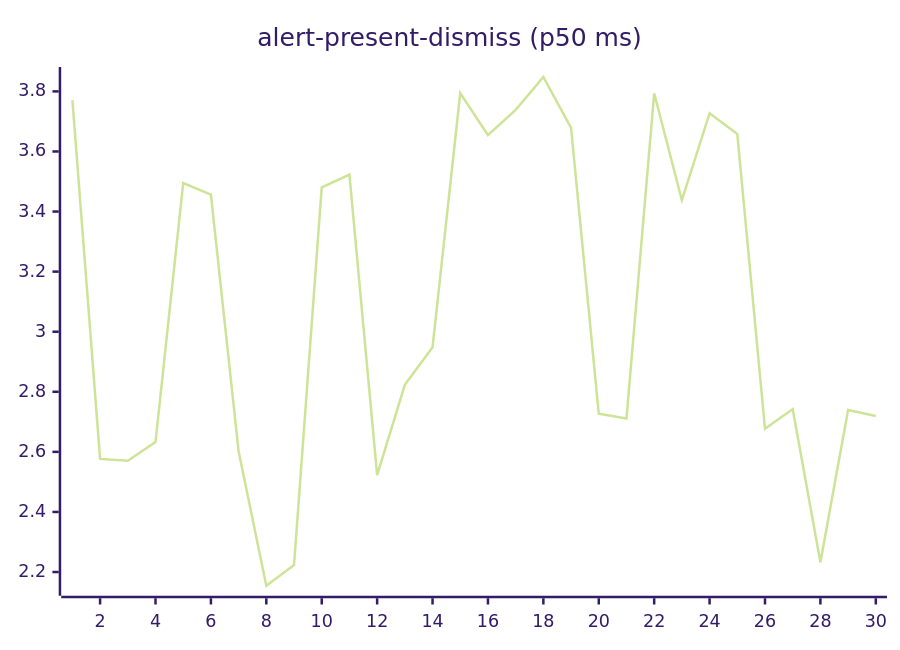
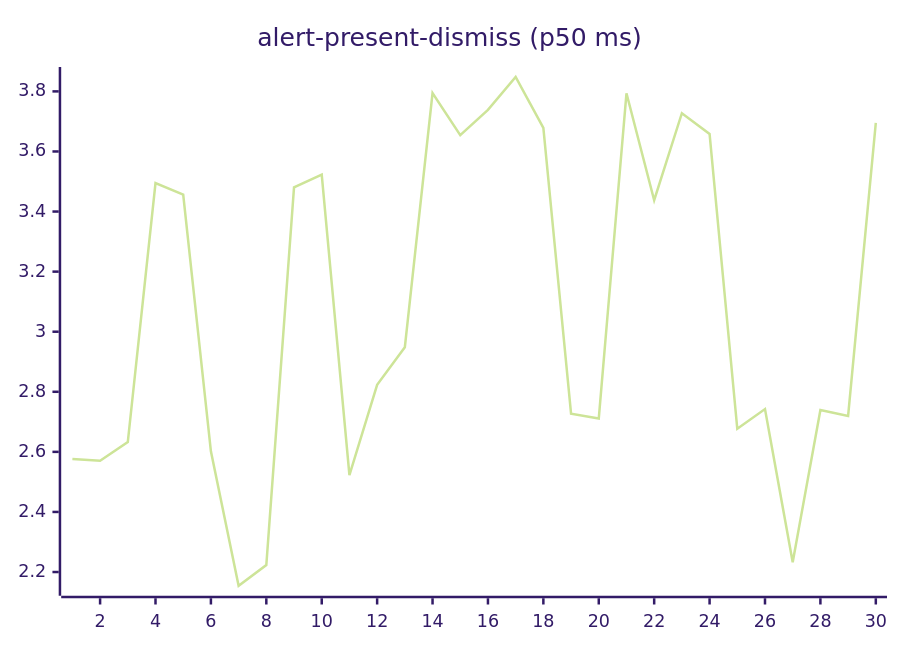
The second of 27 diagrams in README.md (josha/Facet), drawn with Mermaid (forest theme) before and after one commit. The commit also changed other lines of this file and 2 other files, not shown here.

````diff
--- a/README.md
+++ b/README.md
@@ -70,6 +70,6 @@
 ```mermaid
 xychart-beta
     title "alert-present-dismiss (p50 ms)"
     x-axis 1 --> 30
-    line [3.7708, 2.5766, 2.5704, 2.6324, 3.4949, 3.4566, 2.6019, 2.1543, 2.2230, 3.4803, 3.5227, 2.5229, 2.8233, 2.9484, 3.7942, 3.6546, 3.7386, 3.8479, 3.6788, 2.7270, 2.7111, 3.7936, 3.4376, 3.7274, 3.6582, 2.6769, 2.7425, 2.2328, 2.7393, 2.7195]
+    line [2.5766, 2.5704, 2.6324, 3.4949, 3.4566, 2.6019, 2.1543, 2.2230, 3.4803, 3.5227, 2.5229, 2.8233, 2.9484, 3.7942, 3.6546, 3.7386, 3.8479, 3.6788, 2.7270, 2.7111, 3.7936, 3.4376, 3.7274, 3.6582, 2.6769, 2.7425, 2.2328, 2.7393, 2.7195, 3.6955]
 ```
````
